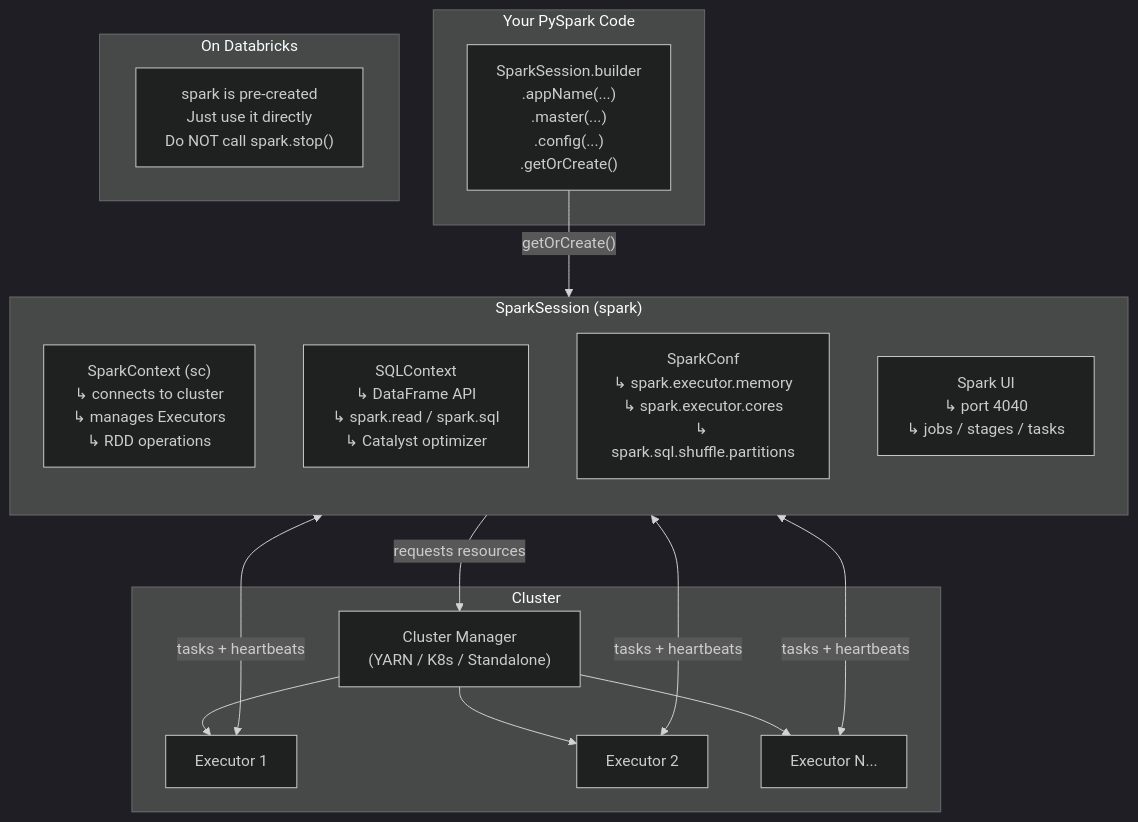
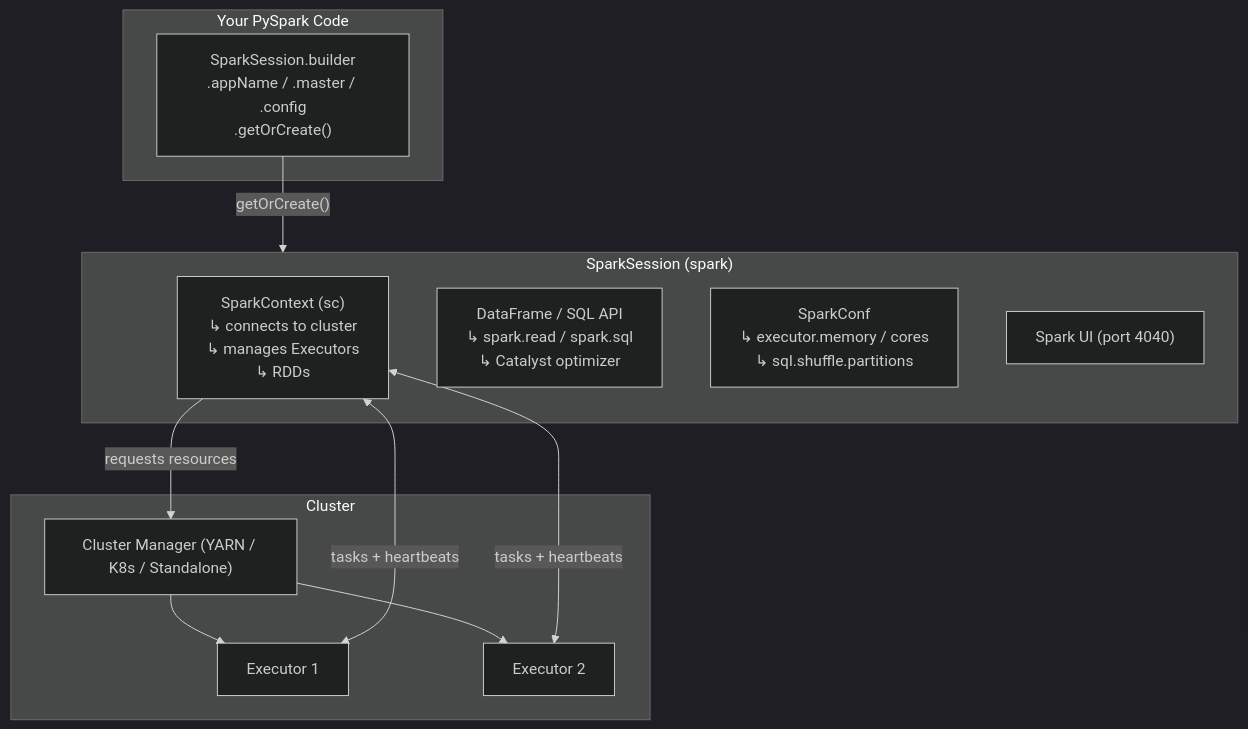
One commit to VishalJha847402/DE-2026-001 changed the diagram in spark/phase-1-spark-core-architecture/topic-2-sparksession-sparkcontext/README.md. Above: the diagram before and after it, drawn with Mermaid (dark theme). The commit also changed other lines of this file, not shown here.

Commit message:
Retrofit Spark P1-T2 to locked format (plain-words, first-principle, 3-step example; practice moved out)

````diff
--- a/spark/phase-1-spark-core-architecture/topic-2-sparksession-sparkcontext/README.md
+++ b/spark/phase-1-spark-core-architecture/topic-2-sparksession-sparkcontext/README.md
@@ -347,34 +232,23 @@
 ```mermaid
 graph TD
     subgraph YourCode["Your PySpark Code"]
-        SS["SparkSession.builder\n.appName(...)\n.master(...)\n.config(...)\n.getOrCreate()"]
+        SS["SparkSession.builder\n.appName / .master / .config\n.getOrCreate()"]
     end
-
     subgraph SparkSessionObject["SparkSession (spark)"]
-        direction TB
-        SC["SparkContext (sc)\n↳ connects to cluster\n↳ manages Executors\n↳ RDD operations"]
-        SQL["SQLContext\n↳ DataFrame API\n↳ spark.read / spark.sql\n↳ Catalyst optimizer"]
-        CONF["SparkConf\n↳ spark.executor.memory\n↳ spark.executor.cores\n↳ spark.sql.shuffle.partitions"]
-        UI["Spark UI\n↳ port 4040\n↳ jobs / stages / tasks"]
+        SC["SparkContext (sc)\n↳ connects to cluster\n↳ manages Executors\n↳ RDDs"]
+        SQL["DataFrame / SQL API\n↳ spark.read / spark.sql\n↳ Catalyst optimizer"]
+        CONF["SparkConf\n↳ executor.memory / cores\n↳ sql.shuffle.partitions"]
+        UI["Spark UI (port 4040)"]
     end
-
     subgraph Cluster["Cluster"]
-        CM["Cluster Manager\n(YARN / K8s / Standalone)"]
+        CM["Cluster Manager (YARN / K8s / Standalone)"]
         E1["Executor 1"]
         E2["Executor 2"]
-        E3["Executor N..."]
         CM --> E1
         CM --> E2
-        CM --> E3
     end
-
     SS -->|"getOrCreate()"| SparkSessionObject
     SC -->|"requests resources"| CM
     SC <-->|"tasks + heartbeats"| E1
     SC <-->|"tasks + heartbeats"| E2
-    SC <-->|"tasks + heartbeats"| E3
-
-    subgraph DatabricksNote["On Databricks"]
-        PREBUILT["spark is pre-created\nJust use it directly\nDo NOT call spark.stop()"]
-    end
 ```
````
